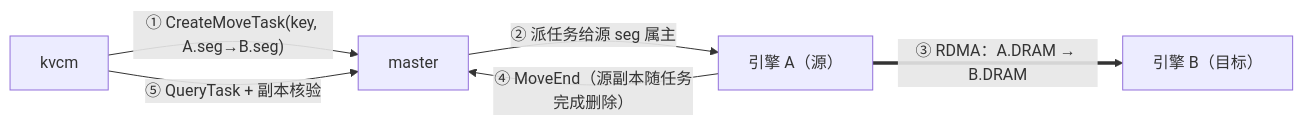
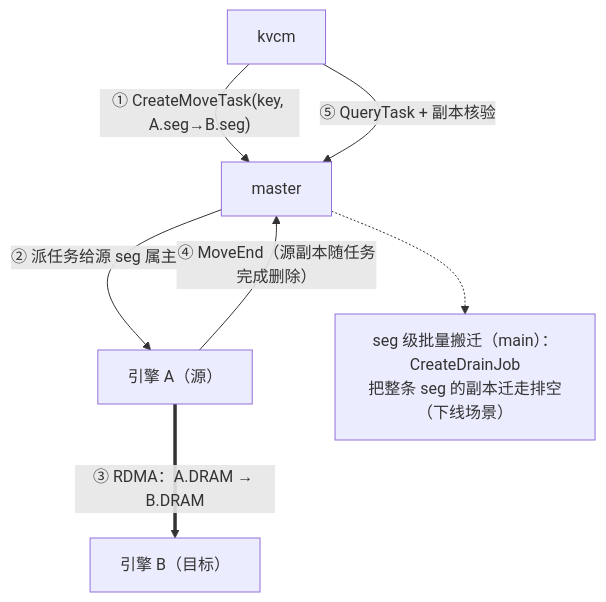
One commit to 5x8-40/lake changed the third of 10 diagrams in kvcm/D2-kv-operations.md. Above: the diagram before and after it, drawn with Mermaid. The commit also changed other lines of this file, not shown here.

First line of the commit message:
docs(kvcm): 操作图解全方案覆盖——每操作画齐所有候选与排除项

````diff
--- a/kvcm/D2-kv-operations.md
+++ b/kvcm/D2-kv-operations.md
@@ -317,8 +318,10 @@
 ```mermaid
-flowchart LR
+flowchart TB
     K["kvcm"] -->|"① CreateMoveTask(key, A.seg→B.seg)"| M["master"]
     M -->|"② 派任务给源 seg 属主"| A["引擎 A（源）"]
     A ==>|"③ RDMA：A.DRAM → B.DRAM"| B["引擎 B（目标）"]
     A -->|"④ MoveEnd（源副本随任务完成删除）"| M
     K -->|"⑤ QueryTask + 副本核验"| M
+    N["seg 级批量搬迁（main）：CreateDrainJob<br/>把整条 seg 的副本迁走排空（下线场景）"]
+    M -.-> N
 ```
````
